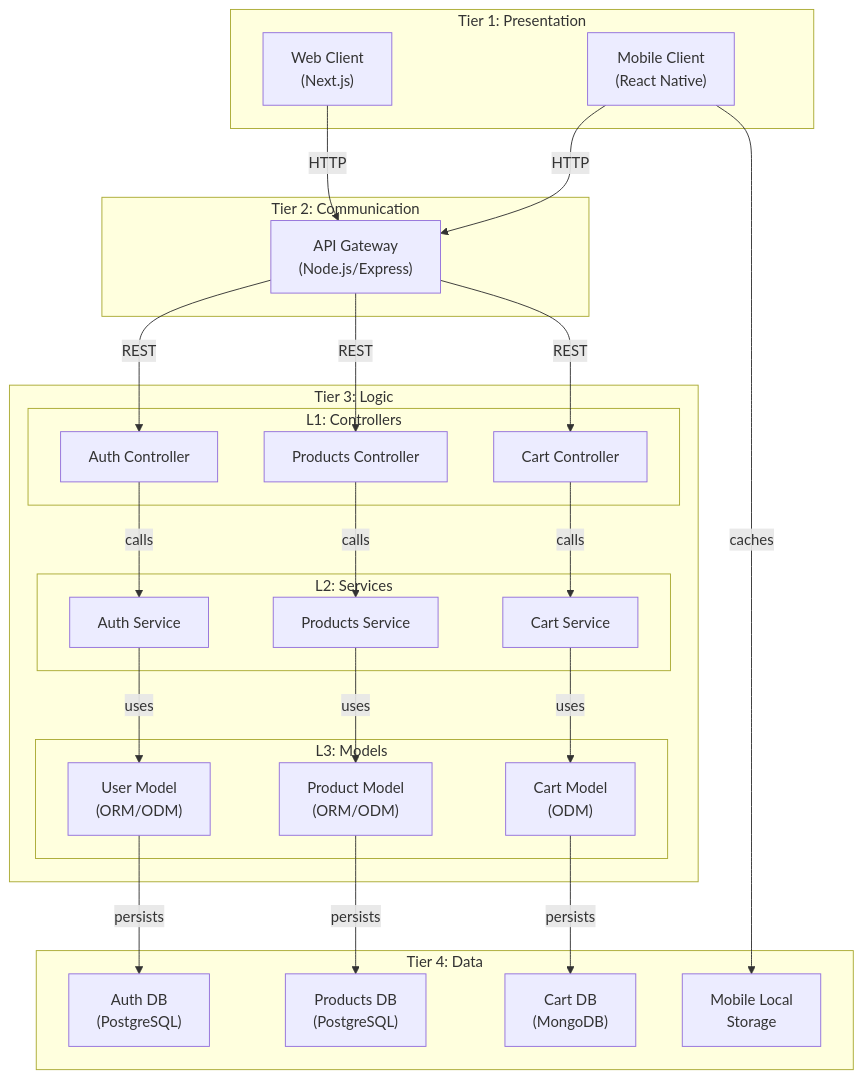
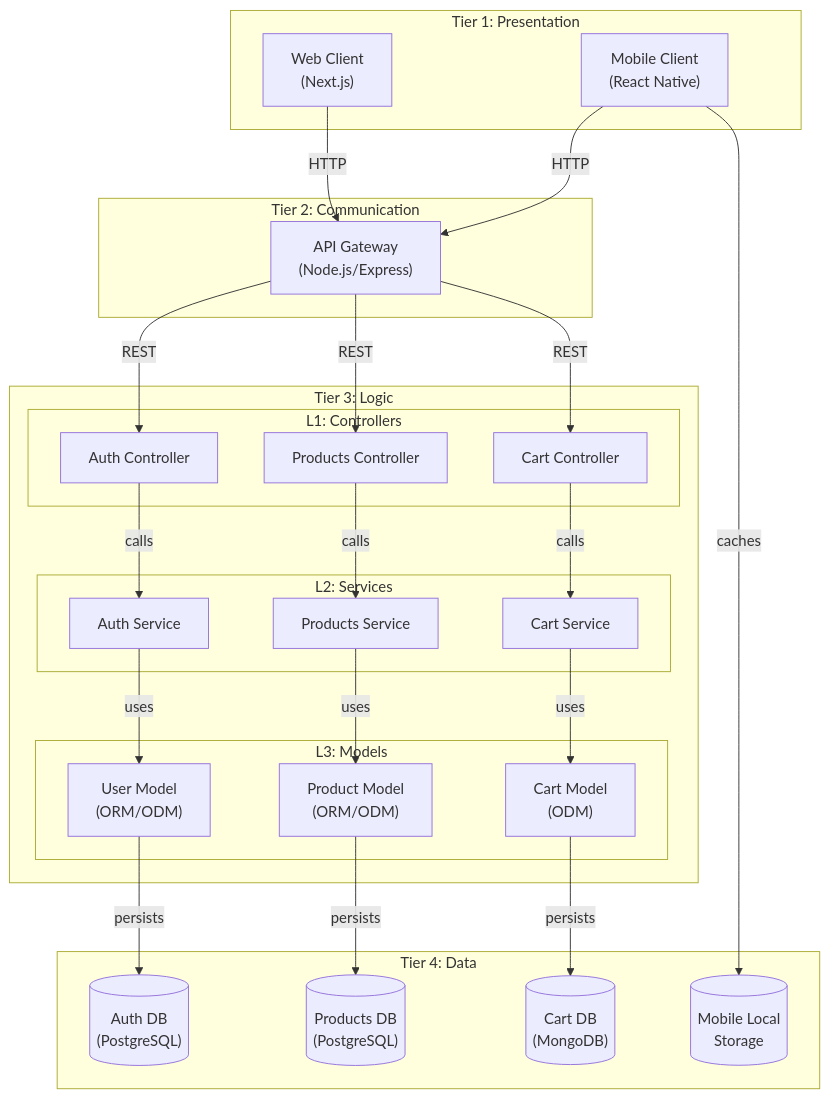
One commit to juanalytics/tussi changed the second of 12 diagrams in README.md. Above: the diagram before and after it, drawn with Mermaid.

Commit message:
update db icons

````diff
--- a/README.md
+++ b/README.md
@@ -196,52 +196,52 @@
 ```mermaid
 graph TB
   subgraph "Tier 1: Presentation"
     WebClient["Web Client<br>(Next.js)"]
     MobileClient["Mobile Client<br>(React Native)"]
   end
 
   subgraph "Tier 2: Communication"
     APIGateway["API Gateway<br>(Node.js/Express)"]
   end
 
   subgraph "Tier 3: Logic"
     subgraph "L1: Controllers"
       AuthCtrl["Auth Controller"]
       ProdCtrl["Products Controller"]
       CartCtrl["Cart Controller"]
     end
     subgraph "L2: Services"
       AuthSvc["Auth Service"]
       ProdSvc["Products Service"]
       CartSvc["Cart Service"]
     end
     subgraph "L3: Models"
       UserModel["User Model<br>(ORM/ODM)"]
       ProductModel["Product Model<br>(ORM/ODM)"]
       CartModel["Cart Model<br>(ODM)"]
     end
   end
 
   subgraph "Tier 4: Data"
-    AuthDB["Auth DB<br>(PostgreSQL)"]
-    ProdDB["Products DB<br>(PostgreSQL)"]
-    CartDB["Cart DB<br>(MongoDB)"]
-    MobileStore["Mobile Local<br>Storage"]
+    AuthDB[("Auth DB<br>(PostgreSQL)")]
+    ProdDB[("Products DB<br>(PostgreSQL)")]
+    CartDB[("Cart DB<br>(MongoDB)")]
+    MobileStore[("Mobile Local<br>Storage")]
   end
 
   WebClient      -->|HTTP| APIGateway
   MobileClient   -->|HTTP| APIGateway
   APIGateway     -->|REST| AuthCtrl
   APIGateway     -->|REST| ProdCtrl
   APIGateway     -->|REST| CartCtrl
   AuthCtrl       -->|calls| AuthSvc
   ProdCtrl       -->|calls| ProdSvc
   CartCtrl       -->|calls| CartSvc
   AuthSvc        -->|uses| UserModel
   ProdSvc        -->|uses| ProductModel
   CartSvc        -->|uses| CartModel
   UserModel      -->|persists| AuthDB
   ProductModel   -->|persists| ProdDB
   CartModel      -->|persists| CartDB
   MobileClient   -->|caches| MobileStore
 ```
````
